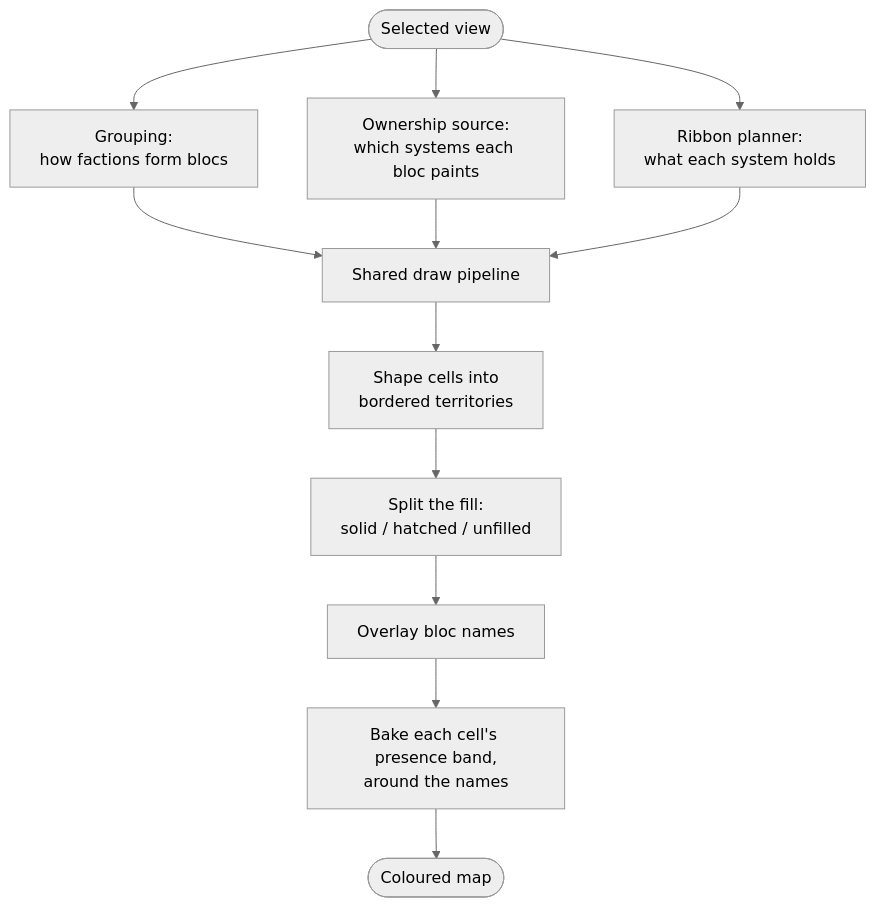
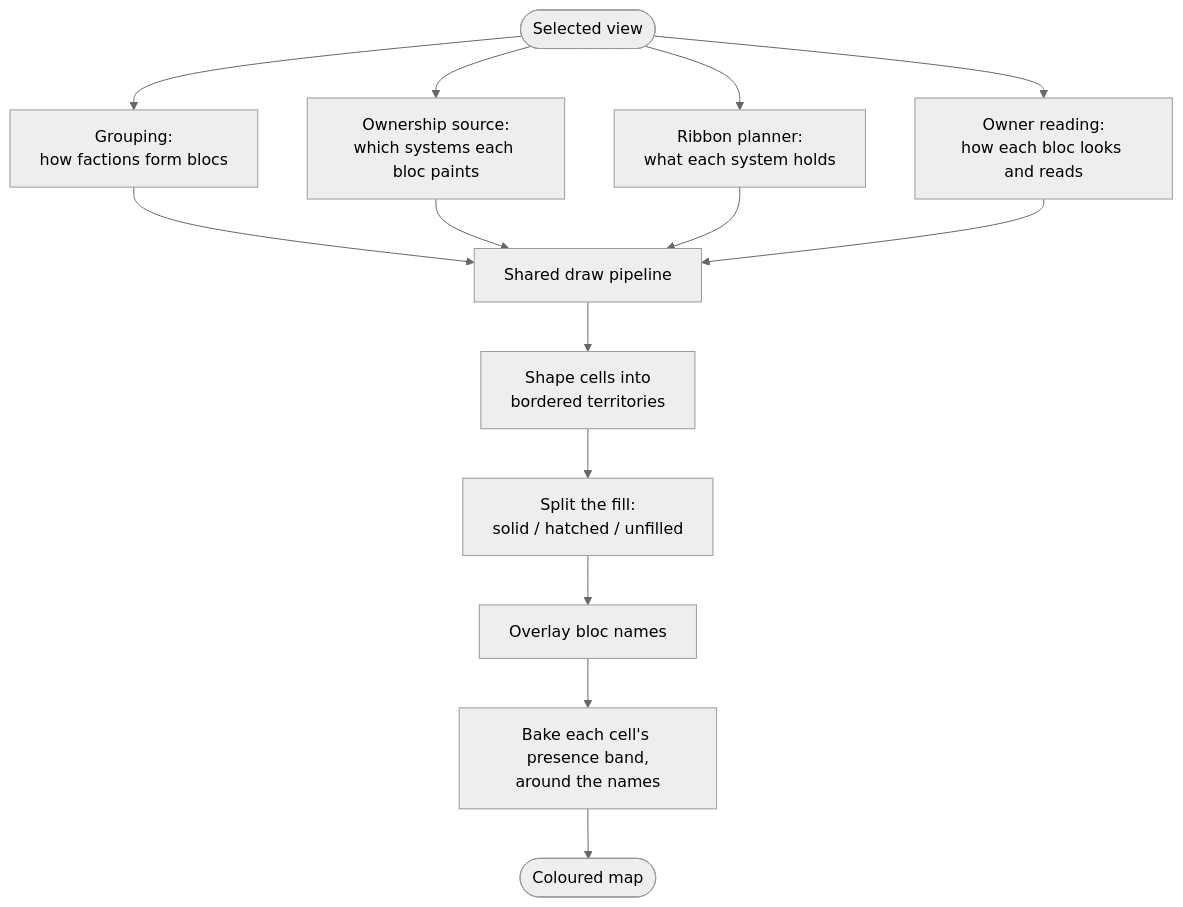
The diagram in src/main/java/kmu/maplayers/politicalmap/README.md (Klark-Morrigan/Starsector-Mod-KMU), drawn with Mermaid (neutral theme) before and after one commit. The commit also changed other lines of this file and 64 other files, not shown here.

````diff
--- a/src/main/java/kmu/maplayers/politicalmap/README.md
+++ b/src/main/java/kmu/maplayers/politicalmap/README.md
@@ -154,14 +154,16 @@
 ```mermaid
 flowchart TD
     V([Selected view]) --> G[Grouping:<br/>how factions form blocs]
     V --> O[Ownership source:<br/>which systems each bloc paints]
     V --> R[Ribbon planner:<br/>what each system holds]
+    V --> RD[Owner reading:<br/>how each bloc looks and reads]
     G --> PIPE[Shared draw pipeline]
     O --> PIPE
     R --> PIPE
+    RD --> PIPE
     PIPE --> S[Shape cells into<br/>bordered territories]
     S --> Fi[Split the fill:<br/>solid / hatched / unfilled]
     Fi --> L[Overlay bloc names]
     L --> B[Bake each cell's presence band,<br/>around the names]
     B --> MAP([Coloured map])
 ```
````
